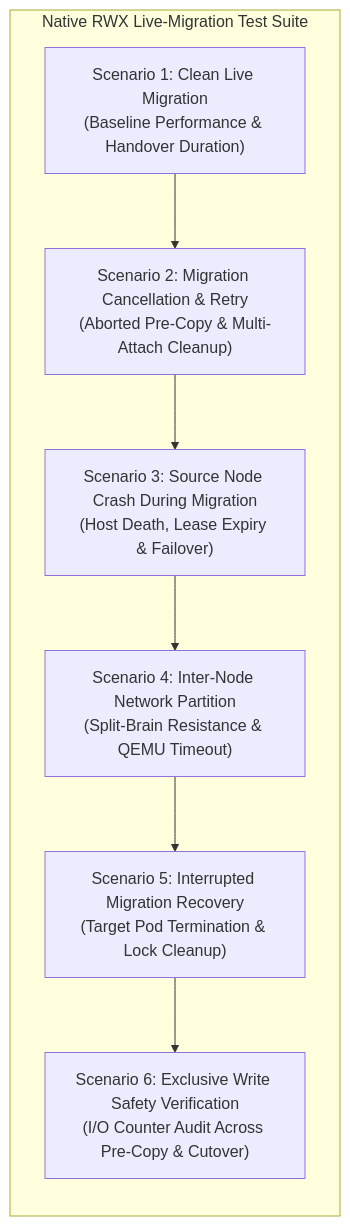
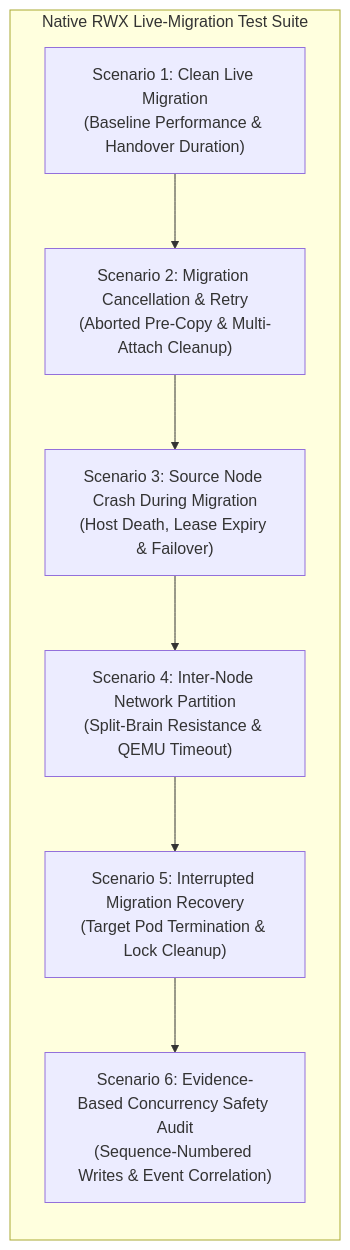
One commit to Swapnil220705/k8s-high-performance-storage changed the fourth of 4 diagrams in docs/storage-architecture-analysis.md. Above: the diagram before and after it, drawn with Mermaid. The commit also changed other lines of this file, not shown here.

Commit message:
docs: specify evidence-based rwx migration safety and rebuild semantics

````diff
--- a/docs/storage-architecture-analysis.md
+++ b/docs/storage-architecture-analysis.md
@@ -161,14 +184,14 @@
 ```mermaid
 flowchart TD
     subgraph TestSuite["Native RWX Live-Migration Test Suite"]
         direction TB
         S1["Scenario 1: Clean Live Migration<br/>(Baseline Performance & Handover Duration)"]
         S2["Scenario 2: Migration Cancellation & Retry<br/>(Aborted Pre-Copy & Multi-Attach Cleanup)"]
         S3["Scenario 3: Source Node Crash During Migration<br/>(Host Death, Lease Expiry & Failover)"]
         S4["Scenario 4: Inter-Node Network Partition<br/>(Split-Brain Resistance & QEMU Timeout)"]
         S5["Scenario 5: Interrupted Migration Recovery<br/>(Target Pod Termination & Lock Cleanup)"]
-        S6["Scenario 6: Exclusive Write Safety Verification<br/>(I/O Counter Audit Across Pre-Copy & Cutover)"]
+        S6["Scenario 6: Evidence-Based Concurrency Safety Audit<br/>(Sequence-Numbered Writes & Event Correlation)"]
         
         S1 --> S2 --> S3 --> S4 --> S5 --> S6
     end
 ```
````
